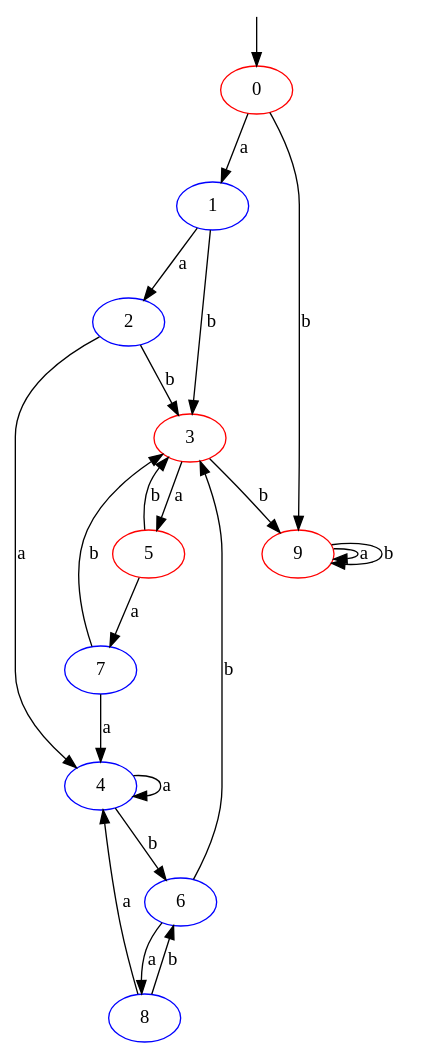
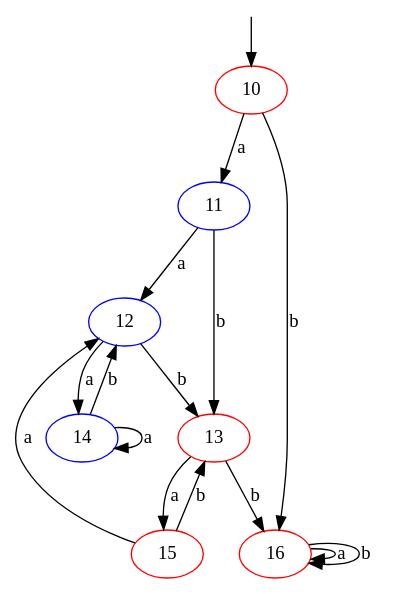
Before and after one commit to XDLoLiK/autore: the diagram in img/dfa_complement.dot, drawn with Graphviz. The commit also changed 11 other files, not shown here.

```diff
--- a/img/dfa_complement.dot
+++ b/img/dfa_complement.dot
@@ -1,1 +1,1 @@
-digraph G{node [color=red;];0;node [color=blue;];1;node [color=blue;];2;node [color=red;];3;node [color=blue;];4;node [color=red;];5;node [color=blue;];6;node [color=blue;];7;node [color=blue;];8;node [color=red;];9;node [shape=none;label="";height=0;width=0;];-1;-1->0;0->1[label="a";];0->9[label="b";];1->2[label="a";];1->3[label="b";];2->4[label="a";];2->3[label="b";];3->5[label="a";];3->9[label="b";];4->4[label="a";];4->6[label="b";];5->7[label="a";];5->3[label="b";];6->8[label="a";];6->3[label="b";];7->4[label="a";];7->3[label="b";];8->4[label="a";];8->6[label="b";];9->9[label="a";];9->9[label="b";];}
+digraph G{node [color=red;];10;node [color=blue;];11;node [color=blue;];12;node [color=red;];13;node [color=blue;];14;node [color=red;];15;node [color=red;];16;node [shape=none;label="";height=0;width=0;];-1;-1->10;10->11[label="a";];10->16[label="b";];11->12[label="a";];11->13[label="b";];12->14[label="a";];12->13[label="b";];13->15[label="a";];13->16[label="b";];14->14[label="a";];14->12[label="b";];15->12[label="a";];15->13[label="b";];16->16[label="a";];16->16[label="b";];}
```
